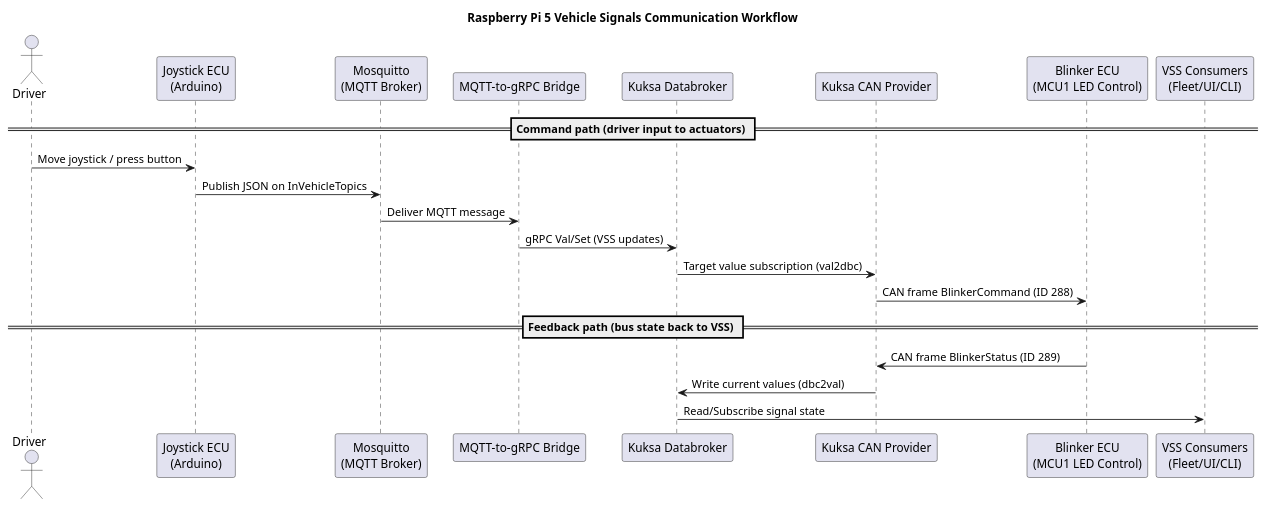
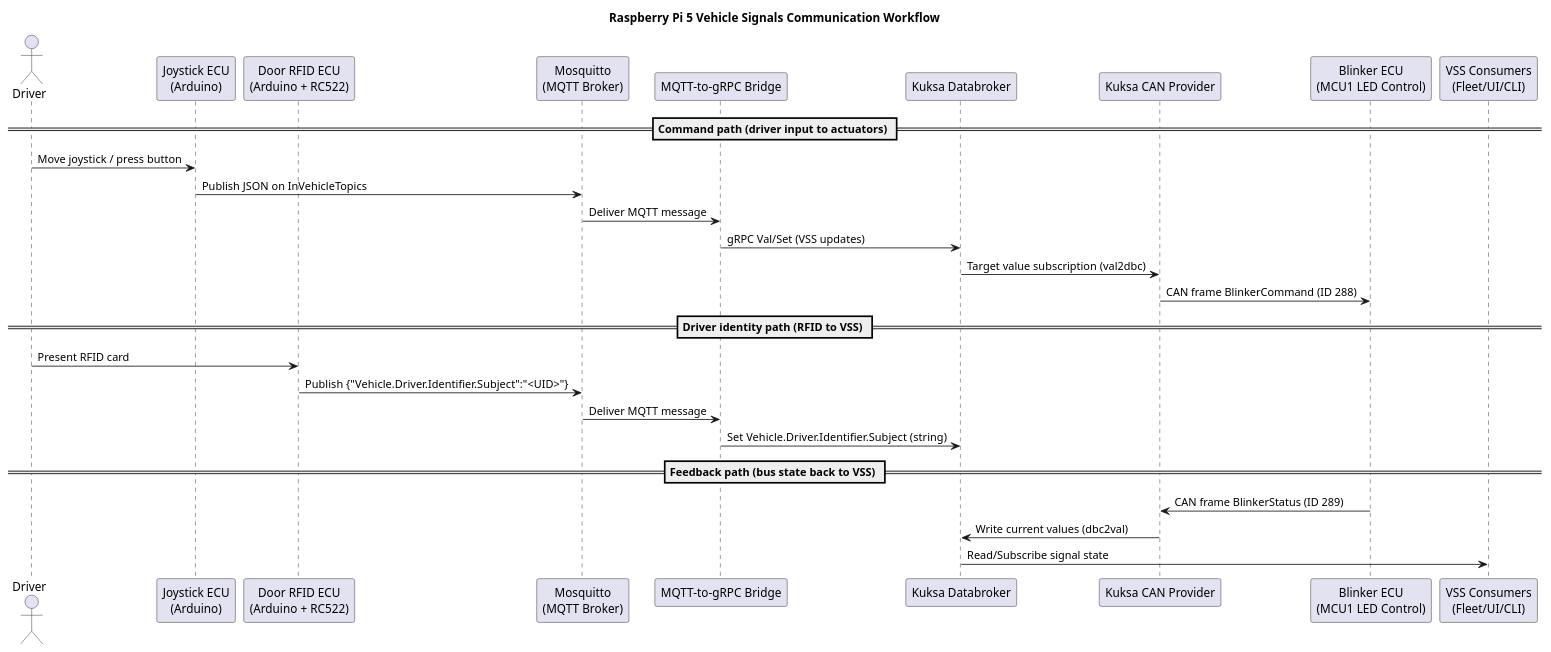
Before and after one commit to chheis/eclipse-sdv-e2e-demo-blueprint: the diagram in devices/raspberry-pi5/communication-workflow.puml, drawn with PlantUML. The commit also changed 8 other files, not shown here.

First line of the commit message:
feat(rfid): publish driver identifier via MQTT and map to Kuksa VSS

```diff
--- a/devices/raspberry-pi5/communication-workflow.puml
+++ b/devices/raspberry-pi5/communication-workflow.puml
@@ -1,26 +1,33 @@
 @startuml
 title Raspberry Pi 5 Vehicle Signals Communication Workflow
 
 actor "Driver" as Driver
-participant "Joystick ECU\n(Arduino)" as ECU
+participant "Joystick ECU\n(Arduino)" as JoystickECU
+participant "Door RFID ECU\n(Arduino + RC522)" as RfidECU
 participant "Mosquitto\n(MQTT Broker)" as Broker
 participant "MQTT-to-gRPC Bridge" as Bridge
 participant "Kuksa Databroker" as Kuksa
 participant "Kuksa CAN Provider" as CAN
 participant "Blinker ECU\n(MCU1 LED Control)" as MCU
 participant "VSS Consumers\n(Fleet/UI/CLI)" as Consumers
 
 == Command path (driver input to actuators) ==
-Driver -> ECU: Move joystick / press button
-ECU -> Broker: Publish JSON on InVehicleTopics
+Driver -> JoystickECU: Move joystick / press button
+JoystickECU -> Broker: Publish JSON on InVehicleTopics
 Broker -> Bridge: Deliver MQTT message
 Bridge -> Kuksa: gRPC Val/Set (VSS updates)
 Kuksa -> CAN: Target value subscription (val2dbc)
 CAN -> MCU: CAN frame BlinkerCommand (ID 288)
+
+== Driver identity path (RFID to VSS) ==
+Driver -> RfidECU: Present RFID card
+RfidECU -> Broker: Publish {"Vehicle.Driver.Identifier.Subject":"<UID>"}
+Broker -> Bridge: Deliver MQTT message
+Bridge -> Kuksa: Set Vehicle.Driver.Identifier.Subject (string)
 
 == Feedback path (bus state back to VSS) ==
 MCU -> CAN: CAN frame BlinkerStatus (ID 289)
 CAN -> Kuksa: Write current values (dbc2val)
 Kuksa -> Consumers: Read/Subscribe signal state
 
 @enduml
```
